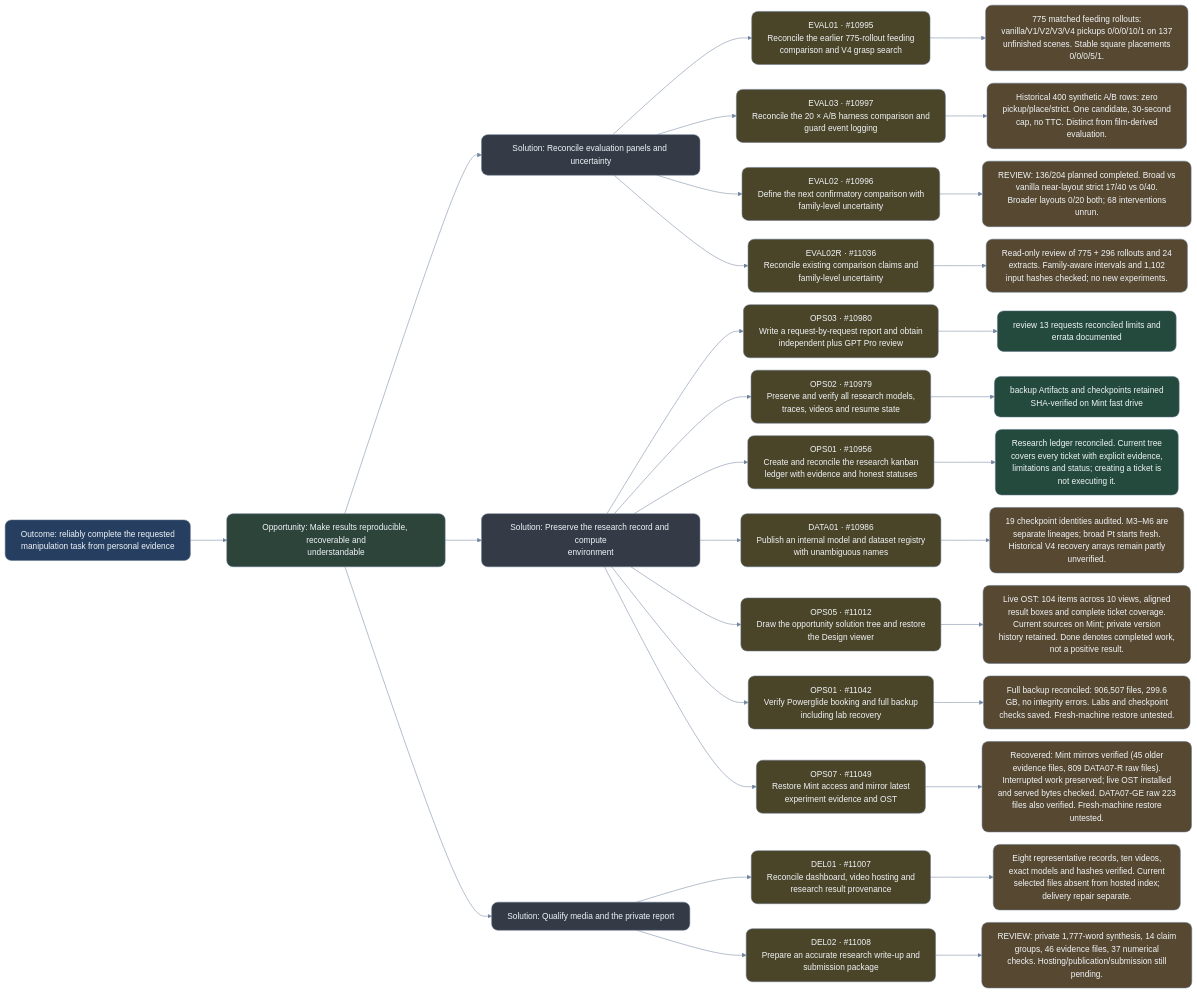
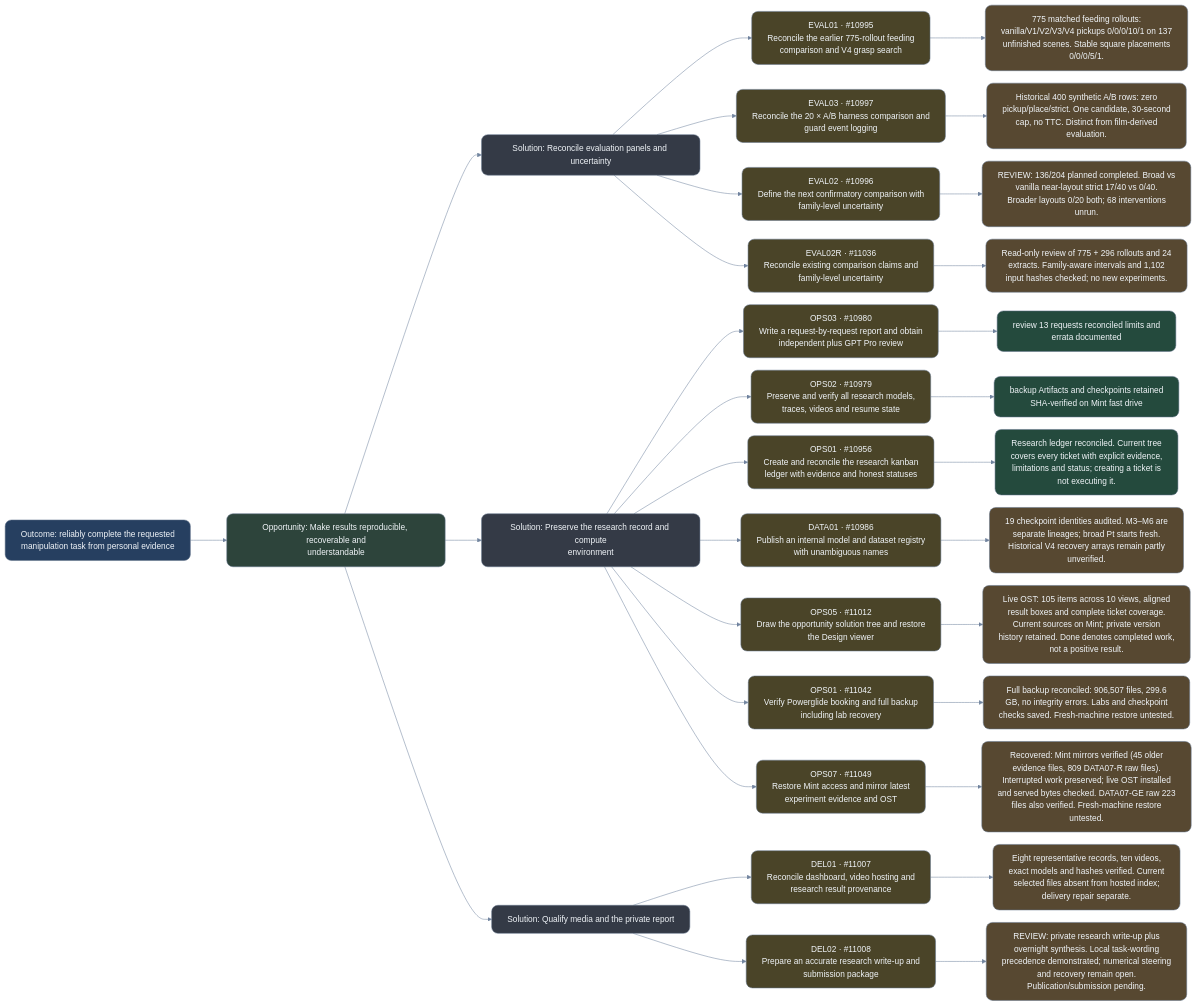
One commit to NatMota/typhon-robotics changed the diagram in experiment-history/2026-10-15-ost/evidence.mmd. Above: the diagram before and after it, drawn with Mermaid. The commit also changed 22 other files, not shown here.

```diff
--- a/experiment-history/2026-10-15-ost/evidence.mmd
+++ b/experiment-history/2026-10-15-ost/evidence.mmd
@@ -1,86 +1,86 @@
 %%{init: {"theme": "base", "securityLevel": "loose", "fontFamily": "Arial, sans-serif", "fontSize": 18, "markdownAutoWrap": false, "flowchart": {"htmlLabels": false, "curve": "basis", "nodeSpacing": 24, "rankSpacing": 70, "wrappingWidth": 360}, "themeVariables": {"primaryTextColor": "#edf2f7", "lineColor": "#71849f", "background": "#0b1220"}}}%%
 flowchart LR
 OUT["Outcome: reliably complete the requested<br/>manipulation task from personal evidence"]:::outcome
 O_evidence["Opportunity: Make results reproducible, recoverable and<br/>understandable"]:::opportunity
 OUT --> O_evidence
 O_evidence_S0["Solution: Reconcile evaluation panels and uncertainty"]:::solution
 O_evidence --> O_evidence_S0
 T10995["EVAL01 · #10995<br/>Reconcile the earlier 775-rollout feeding<br/>comparison and V4 grasp search"]:::experiment
 O_evidence_S0 --> T10995
 R10995["775 matched feeding rollouts:<br/>vanilla/V1/V2/V3/V4 pickups 0/0/0/10/1 on 137<br/>unfinished scenes. Stable square placements<br/>0/0/0/5/1."]:::mixed
 T10995 --> R10995
 click T10995 "http://127.0.0.1:4001/?project=typhon-research#ticket=10995" "Open research ticket" _blank
 T10997["EVAL03 · #10997<br/>Reconcile the 20 × A/B harness comparison and<br/>guard event logging"]:::experiment
 O_evidence_S0 --> T10997
 R10997["Historical 400 synthetic A/B rows: zero<br/>pickup/place/strict. One candidate, 30-second<br/>cap, no TTC. Distinct from film-derived<br/>evaluation."]:::mixed
 T10997 --> R10997
 click T10997 "http://127.0.0.1:4001/?project=typhon-research#ticket=10997" "Open research ticket" _blank
 T10996["EVAL02 · #10996<br/>Define the next confirmatory comparison with<br/>family-level uncertainty"]:::experiment
 O_evidence_S0 --> T10996
 R10996["REVIEW: 136/204 planned completed. Broad vs<br/>vanilla near-layout strict 17/40 vs 0/40.<br/>Broader layouts 0/20 both; 68 interventions<br/>unrun."]:::mixed
 T10996 --> R10996
 click T10996 "http://127.0.0.1:4001/?project=typhon-research#ticket=10996" "Open research ticket" _blank
 T11036["EVAL02R · #11036<br/>Reconcile existing comparison claims and<br/>family-level uncertainty"]:::experiment
 O_evidence_S0 --> T11036
 R11036["Read-only review of 775 + 296 rollouts and 24<br/>extracts. Family-aware intervals and 1,102<br/>input hashes checked; no new experiments."]:::mixed
 T11036 --> R11036
 click T11036 "http://127.0.0.1:4001/?project=typhon-research#ticket=11036" "Open research ticket" _blank
 O_evidence_S1["Solution: Preserve the research record and compute<br/>environment"]:::solution
 O_evidence --> O_evidence_S1
 T10980["OPS03 · #10980<br/>Write a request-by-request report and obtain<br/>independent plus GPT Pro review"]:::experiment
 O_evidence_S1 --> T10980
 R10980["review 13 requests reconciled limits and<br/>errata documented"]:::evidence
 T10980 --> R10980
 click T10980 "http://127.0.0.1:4001/?project=typhon-research#ticket=10980" "Open research ticket" _blank
 T10979["OPS02 · #10979<br/>Preserve and verify all research models,<br/>traces, videos and resume state"]:::experiment
 O_evidence_S1 --> T10979
 R10979["backup Artifacts and checkpoints retained<br/>SHA-verified on Mint fast drive"]:::evidence
 T10979 --> R10979
 click T10979 "http://127.0.0.1:4001/?project=typhon-research#ticket=10979" "Open research ticket" _blank
 T10956["OPS01 · #10956<br/>Create and reconcile the research kanban<br/>ledger with evidence and honest statuses"]:::experiment
 O_evidence_S1 --> T10956
 R10956["Research ledger reconciled. Current tree<br/>covers every ticket with explicit evidence,<br/>limitations and status; creating a ticket is<br/>not executing it."]:::evidence
 T10956 --> R10956
 click T10956 "http://127.0.0.1:4001/?project=typhon-research#ticket=10956" "Open research ticket" _blank
 T10986["DATA01 · #10986<br/>Publish an internal model and dataset registry<br/>with unambiguous names"]:::experiment
 O_evidence_S1 --> T10986
 R10986["19 checkpoint identities audited. M3–M6 are<br/>separate lineages; broad Pt starts fresh.<br/>Historical V4 recovery arrays remain partly<br/>unverified."]:::mixed
 T10986 --> R10986
 click T10986 "http://127.0.0.1:4001/?project=typhon-research#ticket=10986" "Open research ticket" _blank
 T11012["OPS05 · #11012<br/>Draw the opportunity solution tree and restore<br/>the Design viewer"]:::experiment
 O_evidence_S1 --> T11012
-R11012["Live OST: 104 items across 10 views, aligned<br/>result boxes and complete ticket coverage.<br/>Current sources on Mint; private version<br/>history retained. Done denotes completed work,<br/>not a positive result."]:::mixed
+R11012["Live OST: 105 items across 10 views, aligned<br/>result boxes and complete ticket coverage.<br/>Current sources on Mint; private version<br/>history retained. Done denotes completed work,<br/>not a positive result."]:::mixed
 T11012 --> R11012
 click T11012 "http://127.0.0.1:4001/?project=typhon-research#ticket=11012" "Open research ticket" _blank
 T11042["OPS01 · #11042<br/>Verify Powerglide booking and full backup<br/>including lab recovery"]:::experiment
 O_evidence_S1 --> T11042
 R11042["Full backup reconciled: 906,507 files, 299.6<br/>GB, no integrity errors. Labs and checkpoint<br/>checks saved. Fresh-machine restore untested."]:::mixed
 T11042 --> R11042
 click T11042 "http://127.0.0.1:4001/?project=typhon-research#ticket=11042" "Open research ticket" _blank
 T11049["OPS07 · #11049<br/>Restore Mint access and mirror latest<br/>experiment evidence and OST"]:::experiment
 O_evidence_S1 --> T11049
 R11049["Recovered: Mint mirrors verified (45 older<br/>evidence files, 809 DATA07-R raw files).<br/>Interrupted work preserved; live OST installed<br/>and served bytes checked. DATA07-GE raw 223<br/>files also verified. Fresh-machine restore<br/>untested."]:::mixed
 T11049 --> R11049
 click T11049 "http://127.0.0.1:4001/?project=typhon-research#ticket=11049" "Open research ticket" _blank
 O_evidence_S2["Solution: Qualify media and the private report"]:::solution
 O_evidence --> O_evidence_S2
 T11007["DEL01 · #11007<br/>Reconcile dashboard, video hosting and<br/>research result provenance"]:::experiment
 O_evidence_S2 --> T11007
 R11007["Eight representative records, ten videos,<br/>exact models and hashes verified. Current<br/>selected files absent from hosted index;<br/>delivery repair separate."]:::mixed
 T11007 --> R11007
 click T11007 "http://127.0.0.1:4001/?project=typhon-research#ticket=11007" "Open research ticket" _blank
 T11008["DEL02 · #11008<br/>Prepare an accurate research write-up and<br/>submission package"]:::experiment
 O_evidence_S2 --> T11008
-R11008["REVIEW: private 1,777-word synthesis, 14 claim<br/>groups, 46 evidence files, 37 numerical<br/>checks. Hosting/publication/submission still<br/>pending."]:::mixed
+R11008["REVIEW: private research write-up plus<br/>overnight synthesis. Local task-wording<br/>precedence demonstrated; numerical steering<br/>and recovery remain open.<br/>Publication/submission pending."]:::mixed
 T11008 --> R11008
 click T11008 "http://127.0.0.1:4001/?project=typhon-research#ticket=11008" "Open research ticket" _blank
 classDef outcome fill:#263f60,stroke:#64748b,color:#f1f5f9,rx:12,ry:12;
 classDef opportunity fill:#2d443b,stroke:#64748b,color:#f1f5f9,rx:12,ry:12;
 classDef solution fill:#343a46,stroke:#64748b,color:#f1f5f9,rx:12,ry:12;
 classDef experiment fill:#4a4428,stroke:#64748b,color:#f1f5f9,rx:12,ry:12;
 classDef evidence fill:#244a3d,stroke:#64748b,color:#f1f5f9,rx:12,ry:12;
 classDef mixed fill:#574831,stroke:#64748b,color:#f1f5f9,rx:12,ry:12;
 classDef negative fill:#56343c,stroke:#64748b,color:#f1f5f9,rx:12,ry:12;
 classDef pending fill:#30445a,stroke:#64748b,color:#f1f5f9,rx:12,ry:12;
 classDef blocked fill:#4e374f,stroke:#64748b,color:#f1f5f9,rx:12,ry:12;
 classDef parked fill:#373b42,stroke:#64748b,color:#f1f5f9,rx:12,ry:12;
```
